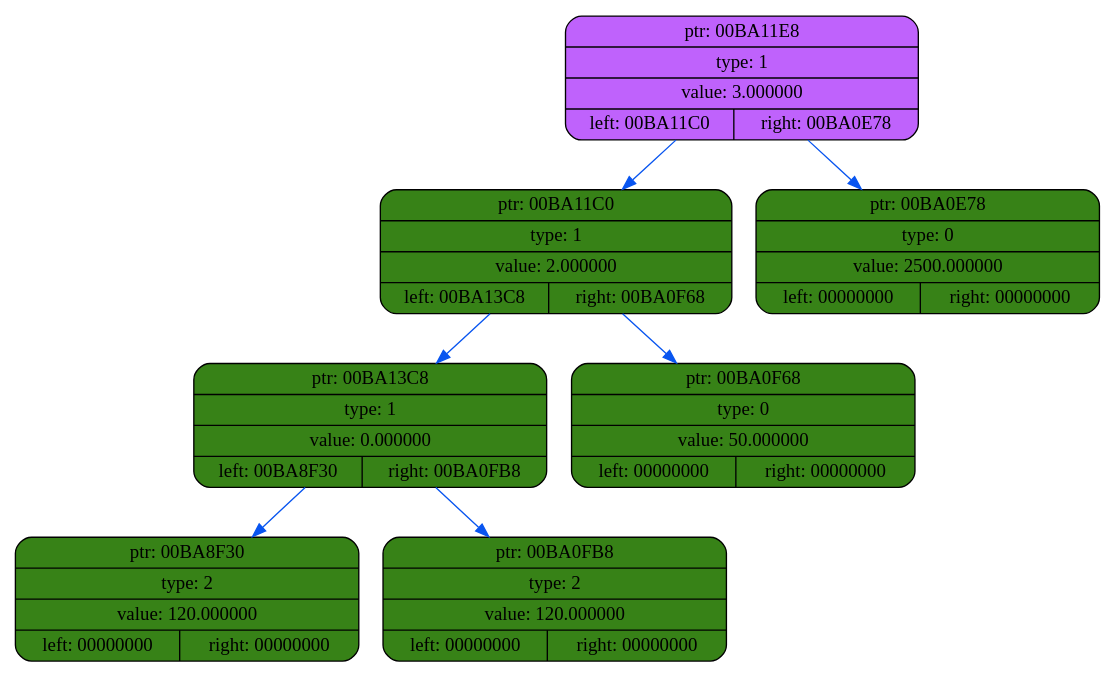
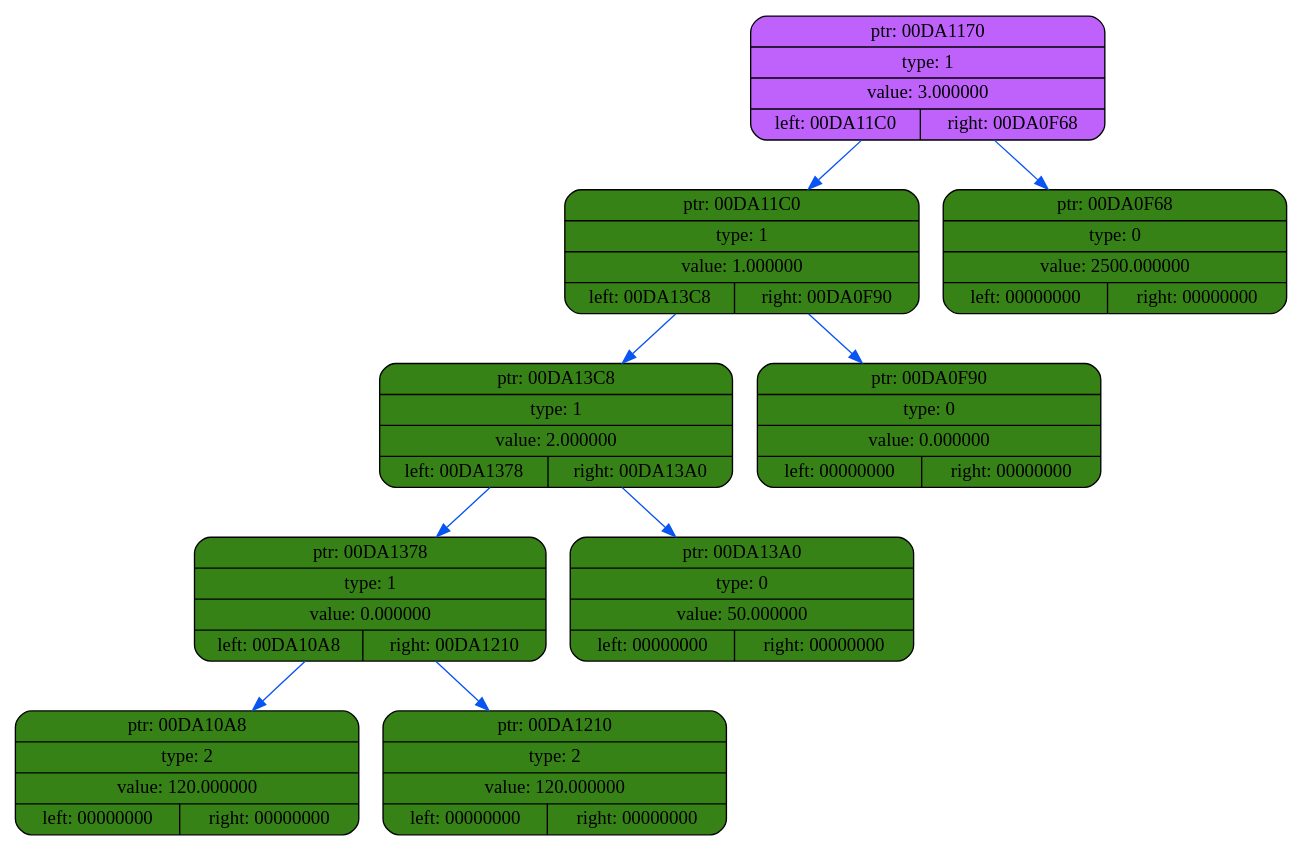
One commit to coffee8cat/differentiator changed the diagram in dump/dump4.dot. Above: the diagram before and after it, drawn with Graphviz. The commit also changed 16 other files, not shown here.

```diff
--- a/dump/dump4.dot
+++ b/dump/dump4.dot
@@ -1,18 +1,22 @@
 digraph
 {
     rankdir=TP
 
-        node00BA11E8[shape=record,style="rounded,filled",fillcolor="#BF62FC",label="{ ptr: 00BA11E8 | type: 1 | value: 3.000000| { left: 00BA11C0 | right: 00BA0E78 }}"];
-    node00BA11E8 -> node00BA11C0[color="#0855F0"]
-    node00BA11C0[shape=record,style="rounded,filled",fillcolor="#378217",label="{ ptr: 00BA11C0 | type: 1 | value: 2.000000| { left: 00BA13C8 | right: 00BA0F68 }}"];
-    node00BA11C0 -> node00BA13C8[color="#0855F0"]
-    node00BA13C8[shape=record,style="rounded,filled",fillcolor="#378217",label="{ ptr: 00BA13C8 | type: 1 | value: 0.000000| { left: 00BA8F30 | right: 00BA0FB8 }}"];
-    node00BA13C8 -> node00BA8F30[color="#0855F0"]
-    node00BA8F30[shape=record,style="rounded,filled",fillcolor="#378217",label="{ ptr: 00BA8F30 | type: 2 | value: 120.000000| { left: 00000000 | right: 00000000 }}"];
-    node00BA13C8 -> node00BA0FB8[color="#0855F0"]
-    node00BA0FB8[shape=record,style="rounded,filled",fillcolor="#378217",label="{ ptr: 00BA0FB8 | type: 2 | value: 120.000000| { left: 00000000 | right: 00000000 }}"];
-    node00BA11C0 -> node00BA0F68[color="#0855F0"]
-    node00BA0F68[shape=record,style="rounded,filled",fillcolor="#378217",label="{ ptr: 00BA0F68 | type: 0 | value: 50.000000| { left: 00000000 | right: 00000000 }}"];
-    node00BA11E8 -> node00BA0E78[color="#0855F0"]
-    node00BA0E78[shape=record,style="rounded,filled",fillcolor="#378217",label="{ ptr: 00BA0E78 | type: 0 | value: 2500.000000| { left: 00000000 | right: 00000000 }}"];
+        node00DA1170[shape=record,style="rounded,filled",fillcolor="#BF62FC",label="{ ptr: 00DA1170 | type: 1 | value: 3.000000| { left: 00DA11C0 | right: 00DA0F68 }}"];
+    node00DA1170 -> node00DA11C0[color="#0855F0"]
+    node00DA11C0[shape=record,style="rounded,filled",fillcolor="#378217",label="{ ptr: 00DA11C0 | type: 1 | value: 1.000000| { left: 00DA13C8 | right: 00DA0F90 }}"];
+    node00DA11C0 -> node00DA13C8[color="#0855F0"]
+    node00DA13C8[shape=record,style="rounded,filled",fillcolor="#378217",label="{ ptr: 00DA13C8 | type: 1 | value: 2.000000| { left: 00DA1378 | right: 00DA13A0 }}"];
+    node00DA13C8 -> node00DA1378[color="#0855F0"]
+    node00DA1378[shape=record,style="rounded,filled",fillcolor="#378217",label="{ ptr: 00DA1378 | type: 1 | value: 0.000000| { left: 00DA10A8 | right: 00DA1210 }}"];
+    node00DA1378 -> node00DA10A8[color="#0855F0"]
+    node00DA10A8[shape=record,style="rounded,filled",fillcolor="#378217",label="{ ptr: 00DA10A8 | type: 2 | value: 120.000000| { left: 00000000 | right: 00000000 }}"];
+    node00DA1378 -> node00DA1210[color="#0855F0"]
+    node00DA1210[shape=record,style="rounded,filled",fillcolor="#378217",label="{ ptr: 00DA1210 | type: 2 | value: 120.000000| { left: 00000000 | right: 00000000 }}"];
+    node00DA13C8 -> node00DA13A0[color="#0855F0"]
+    node00DA13A0[shape=record,style="rounded,filled",fillcolor="#378217",label="{ ptr: 00DA13A0 | type: 0 | value: 50.000000| { left: 00000000 | right: 00000000 }}"];
+    node00DA11C0 -> node00DA0F90[color="#0855F0"]
+    node00DA0F90[shape=record,style="rounded,filled",fillcolor="#378217",label="{ ptr: 00DA0F90 | type: 0 | value: 0.000000| { left: 00000000 | right: 00000000 }}"];
+    node00DA1170 -> node00DA0F68[color="#0855F0"]
+    node00DA0F68[shape=record,style="rounded,filled",fillcolor="#378217",label="{ ptr: 00DA0F68 | type: 0 | value: 2500.000000| { left: 00000000 | right: 00000000 }}"];
 }
```
